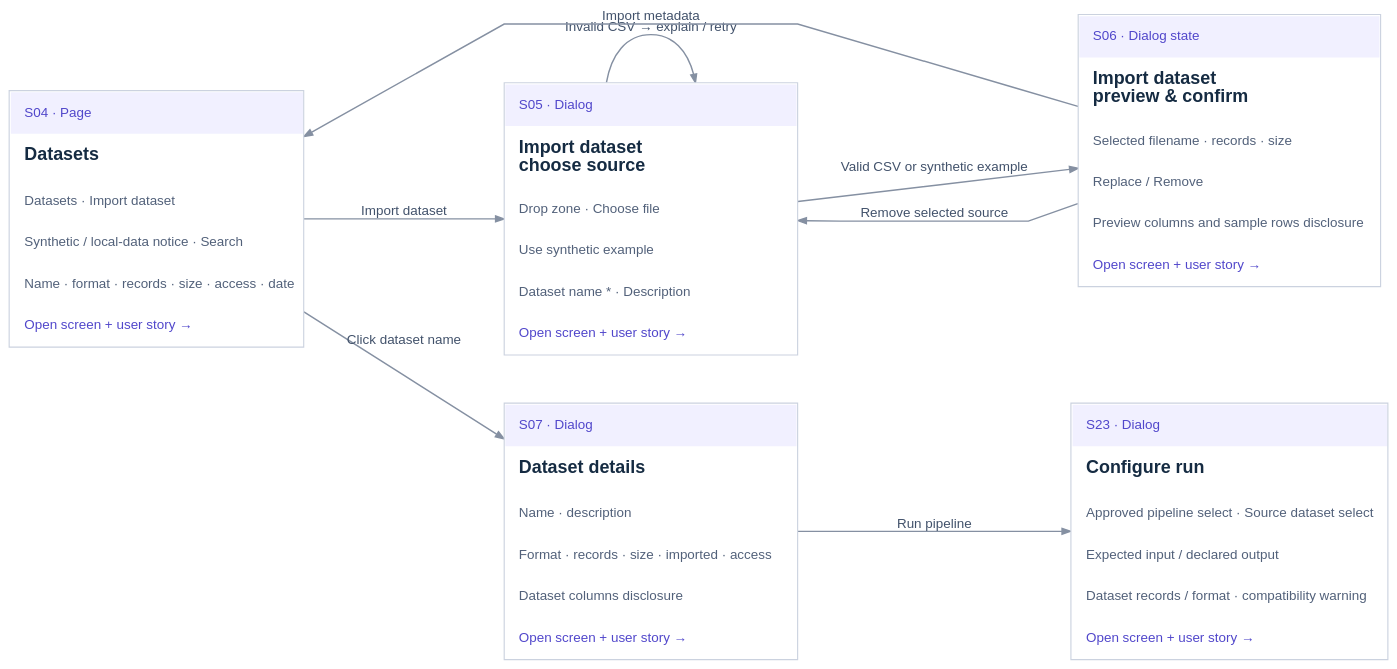
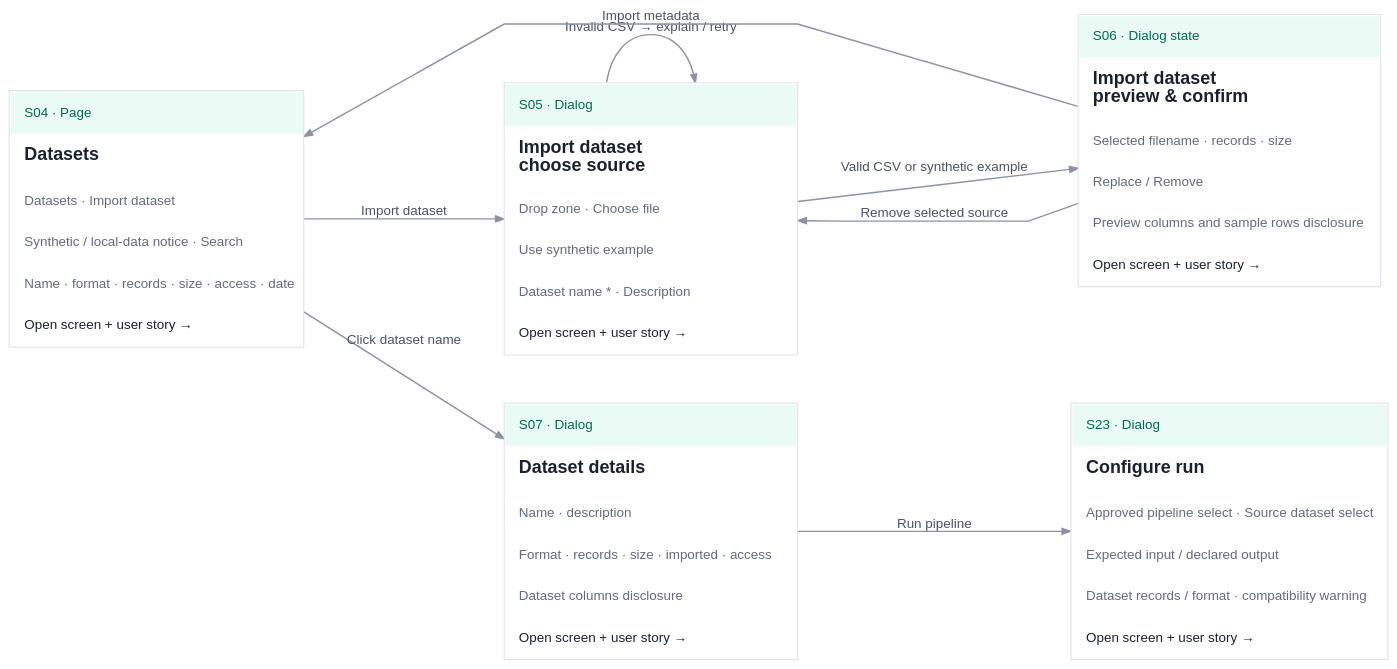
One commit to T-dotnet/Zero_trust changed the diagram in public/mvp-flow-docs/flows/F02.dot. Above: the diagram before and after it, drawn with Graphviz. The commit also changed 50 other files, not shown here.

```diff
--- a/public/mvp-flow-docs/flows/F02.dot
+++ b/public/mvp-flow-docs/flows/F02.dot
@@ -1,17 +1,17 @@
 digraph flow {
 graph [rankdir=LR, bgcolor="transparent", pad="0.25", nodesep="0.6", ranksep="1.05", splines=polyline, outputorder=edgesfirst];
 node [shape=plain, fontname="Arial"];
-edge [color="#8590a2", fontcolor="#42526b", fontname="Arial", fontsize=12, arrowsize=0.75, penwidth=1.3];
-S04 [id="node-S04", href="#screen=S04&journey=F02", tooltip="Datasets", label=<<TABLE BORDER="1" COLOR="#cbd2df" CELLBORDER="0" CELLSPACING="0" CELLPADDING="12" BGCOLOR="white"><TR><TD ALIGN="LEFT" WIDTH="260" BGCOLOR="#f1f0ff"><FONT POINT-SIZE="12" COLOR="#5147cb">S04 · Page</FONT></TD></TR><TR><TD ALIGN="LEFT"><FONT POINT-SIZE="16" COLOR="#152b42"><B>Datasets</B></FONT></TD></TR><TR><TD ALIGN="LEFT"><FONT POINT-SIZE="12" COLOR="#52617a">Datasets · Import dataset</FONT></TD></TR><TR><TD ALIGN="LEFT"><FONT POINT-SIZE="12" COLOR="#52617a">Synthetic / local-data notice · Search</FONT></TD></TR><TR><TD ALIGN="LEFT"><FONT POINT-SIZE="12" COLOR="#52617a">Name · format · records · size · access · date</FONT></TD></TR><TR><TD ALIGN="LEFT"><FONT POINT-SIZE="12" COLOR="#5147cb">Open screen + user story →</FONT></TD></TR></TABLE>>];
-S05 [id="node-S05", href="#screen=S05&journey=F02", tooltip="Import dataset · choose source", label=<<TABLE BORDER="1" COLOR="#cbd2df" CELLBORDER="0" CELLSPACING="0" CELLPADDING="12" BGCOLOR="white"><TR><TD ALIGN="LEFT" WIDTH="260" BGCOLOR="#f1f0ff"><FONT POINT-SIZE="12" COLOR="#5147cb">S05 · Dialog</FONT></TD></TR><TR><TD ALIGN="LEFT"><FONT POINT-SIZE="16" COLOR="#152b42"><B>Import dataset<BR ALIGN="LEFT"/>choose source</B></FONT></TD></TR><TR><TD ALIGN="LEFT"><FONT POINT-SIZE="12" COLOR="#52617a">Drop zone · Choose file</FONT></TD></TR><TR><TD ALIGN="LEFT"><FONT POINT-SIZE="12" COLOR="#52617a">Use synthetic example</FONT></TD></TR><TR><TD ALIGN="LEFT"><FONT POINT-SIZE="12" COLOR="#52617a">Dataset name * · Description</FONT></TD></TR><TR><TD ALIGN="LEFT"><FONT POINT-SIZE="12" COLOR="#5147cb">Open screen + user story →</FONT></TD></TR></TABLE>>];
-S06 [id="node-S06", href="#screen=S06&journey=F02", tooltip="Import dataset · preview & confirm", label=<<TABLE BORDER="1" COLOR="#cbd2df" CELLBORDER="0" CELLSPACING="0" CELLPADDING="12" BGCOLOR="white"><TR><TD ALIGN="LEFT" WIDTH="260" BGCOLOR="#f1f0ff"><FONT POINT-SIZE="12" COLOR="#5147cb">S06 · Dialog state</FONT></TD></TR><TR><TD ALIGN="LEFT"><FONT POINT-SIZE="16" COLOR="#152b42"><B>Import dataset<BR ALIGN="LEFT"/>preview &amp; confirm</B></FONT></TD></TR><TR><TD ALIGN="LEFT"><FONT POINT-SIZE="12" COLOR="#52617a">Selected filename · records · size</FONT></TD></TR><TR><TD ALIGN="LEFT"><FONT POINT-SIZE="12" COLOR="#52617a">Replace / Remove</FONT></TD></TR><TR><TD ALIGN="LEFT"><FONT POINT-SIZE="12" COLOR="#52617a">Preview columns and sample rows disclosure</FONT></TD></TR><TR><TD ALIGN="LEFT"><FONT POINT-SIZE="12" COLOR="#5147cb">Open screen + user story →</FONT></TD></TR></TABLE>>];
-S07 [id="node-S07", href="#screen=S07&journey=F02", tooltip="Dataset details", label=<<TABLE BORDER="1" COLOR="#cbd2df" CELLBORDER="0" CELLSPACING="0" CELLPADDING="12" BGCOLOR="white"><TR><TD ALIGN="LEFT" WIDTH="260" BGCOLOR="#f1f0ff"><FONT POINT-SIZE="12" COLOR="#5147cb">S07 · Dialog</FONT></TD></TR><TR><TD ALIGN="LEFT"><FONT POINT-SIZE="16" COLOR="#152b42"><B>Dataset details</B></FONT></TD></TR><TR><TD ALIGN="LEFT"><FONT POINT-SIZE="12" COLOR="#52617a">Name · description</FONT></TD></TR><TR><TD ALIGN="LEFT"><FONT POINT-SIZE="12" COLOR="#52617a">Format · records · size · imported · access</FONT></TD></TR><TR><TD ALIGN="LEFT"><FONT POINT-SIZE="12" COLOR="#52617a">Dataset columns disclosure</FONT></TD></TR><TR><TD ALIGN="LEFT"><FONT POINT-SIZE="12" COLOR="#5147cb">Open screen + user story →</FONT></TD></TR></TABLE>>];
-S23 [id="node-S23", href="#screen=S23&journey=F02", tooltip="Configure run", label=<<TABLE BORDER="1" COLOR="#cbd2df" CELLBORDER="0" CELLSPACING="0" CELLPADDING="12" BGCOLOR="white"><TR><TD ALIGN="LEFT" WIDTH="260" BGCOLOR="#f1f0ff"><FONT POINT-SIZE="12" COLOR="#5147cb">S23 · Dialog</FONT></TD></TR><TR><TD ALIGN="LEFT"><FONT POINT-SIZE="16" COLOR="#152b42"><B>Configure run</B></FONT></TD></TR><TR><TD ALIGN="LEFT"><FONT POINT-SIZE="12" COLOR="#52617a">Approved pipeline select · Source dataset select</FONT></TD></TR><TR><TD ALIGN="LEFT"><FONT POINT-SIZE="12" COLOR="#52617a">Expected input / declared output</FONT></TD></TR><TR><TD ALIGN="LEFT"><FONT POINT-SIZE="12" COLOR="#52617a">Dataset records / format · compatibility warning</FONT></TD></TR><TR><TD ALIGN="LEFT"><FONT POINT-SIZE="12" COLOR="#5147cb">Open screen + user story →</FONT></TD></TR></TABLE>>];
+edge [color="#8c91a4", fontcolor="#495268", fontname="Arial", fontsize=12, arrowsize=0.75, penwidth=1.3];
+S04 [id="node-S04", href="#screen=S04&journey=F02", tooltip="Datasets", label=<<TABLE BORDER="1" COLOR="#e0e4ec" CELLBORDER="0" CELLSPACING="0" CELLPADDING="12" BGCOLOR="white"><TR><TD ALIGN="LEFT" WIDTH="260" BGCOLOR="#eafbf5"><FONT POINT-SIZE="12" COLOR="#006b50">S04 · Page</FONT></TD></TR><TR><TD ALIGN="LEFT"><FONT POINT-SIZE="16" COLOR="#18212f"><B>Datasets</B></FONT></TD></TR><TR><TD ALIGN="LEFT"><FONT POINT-SIZE="12" COLOR="#626a7e">Datasets · Import dataset</FONT></TD></TR><TR><TD ALIGN="LEFT"><FONT POINT-SIZE="12" COLOR="#626a7e">Synthetic / local-data notice · Search</FONT></TD></TR><TR><TD ALIGN="LEFT"><FONT POINT-SIZE="12" COLOR="#626a7e">Name · format · records · size · access · date</FONT></TD></TR><TR><TD ALIGN="LEFT"><FONT POINT-SIZE="12" COLOR="#18212f">Open screen + user story →</FONT></TD></TR></TABLE>>];
+S05 [id="node-S05", href="#screen=S05&journey=F02", tooltip="Import dataset · choose source", label=<<TABLE BORDER="1" COLOR="#e0e4ec" CELLBORDER="0" CELLSPACING="0" CELLPADDING="12" BGCOLOR="white"><TR><TD ALIGN="LEFT" WIDTH="260" BGCOLOR="#eafbf5"><FONT POINT-SIZE="12" COLOR="#006b50">S05 · Dialog</FONT></TD></TR><TR><TD ALIGN="LEFT"><FONT POINT-SIZE="16" COLOR="#18212f"><B>Import dataset<BR ALIGN="LEFT"/>choose source</B></FONT></TD></TR><TR><TD ALIGN="LEFT"><FONT POINT-SIZE="12" COLOR="#626a7e">Drop zone · Choose file</FONT></TD></TR><TR><TD ALIGN="LEFT"><FONT POINT-SIZE="12" COLOR="#626a7e">Use synthetic example</FONT></TD></TR><TR><TD ALIGN="LEFT"><FONT POINT-SIZE="12" COLOR="#626a7e">Dataset name * · Description</FONT></TD></TR><TR><TD ALIGN="LEFT"><FONT POINT-SIZE="12" COLOR="#18212f">Open screen + user story →</FONT></TD></TR></TABLE>>];
+S06 [id="node-S06", href="#screen=S06&journey=F02", tooltip="Import dataset · preview & confirm", label=<<TABLE BORDER="1" COLOR="#e0e4ec" CELLBORDER="0" CELLSPACING="0" CELLPADDING="12" BGCOLOR="white"><TR><TD ALIGN="LEFT" WIDTH="260" BGCOLOR="#eafbf5"><FONT POINT-SIZE="12" COLOR="#006b50">S06 · Dialog state</FONT></TD></TR><TR><TD ALIGN="LEFT"><FONT POINT-SIZE="16" COLOR="#18212f"><B>Import dataset<BR ALIGN="LEFT"/>preview &amp; confirm</B></FONT></TD></TR><TR><TD ALIGN="LEFT"><FONT POINT-SIZE="12" COLOR="#626a7e">Selected filename · records · size</FONT></TD></TR><TR><TD ALIGN="LEFT"><FONT POINT-SIZE="12" COLOR="#626a7e">Replace / Remove</FONT></TD></TR><TR><TD ALIGN="LEFT"><FONT POINT-SIZE="12" COLOR="#626a7e">Preview columns and sample rows disclosure</FONT></TD></TR><TR><TD ALIGN="LEFT"><FONT POINT-SIZE="12" COLOR="#18212f">Open screen + user story →</FONT></TD></TR></TABLE>>];
+S07 [id="node-S07", href="#screen=S07&journey=F02", tooltip="Dataset details", label=<<TABLE BORDER="1" COLOR="#e0e4ec" CELLBORDER="0" CELLSPACING="0" CELLPADDING="12" BGCOLOR="white"><TR><TD ALIGN="LEFT" WIDTH="260" BGCOLOR="#eafbf5"><FONT POINT-SIZE="12" COLOR="#006b50">S07 · Dialog</FONT></TD></TR><TR><TD ALIGN="LEFT"><FONT POINT-SIZE="16" COLOR="#18212f"><B>Dataset details</B></FONT></TD></TR><TR><TD ALIGN="LEFT"><FONT POINT-SIZE="12" COLOR="#626a7e">Name · description</FONT></TD></TR><TR><TD ALIGN="LEFT"><FONT POINT-SIZE="12" COLOR="#626a7e">Format · records · size · imported · access</FONT></TD></TR><TR><TD ALIGN="LEFT"><FONT POINT-SIZE="12" COLOR="#626a7e">Dataset columns disclosure</FONT></TD></TR><TR><TD ALIGN="LEFT"><FONT POINT-SIZE="12" COLOR="#18212f">Open screen + user story →</FONT></TD></TR></TABLE>>];
+S23 [id="node-S23", href="#screen=S23&journey=F02", tooltip="Configure run", label=<<TABLE BORDER="1" COLOR="#e0e4ec" CELLBORDER="0" CELLSPACING="0" CELLPADDING="12" BGCOLOR="white"><TR><TD ALIGN="LEFT" WIDTH="260" BGCOLOR="#eafbf5"><FONT POINT-SIZE="12" COLOR="#006b50">S23 · Dialog</FONT></TD></TR><TR><TD ALIGN="LEFT"><FONT POINT-SIZE="16" COLOR="#18212f"><B>Configure run</B></FONT></TD></TR><TR><TD ALIGN="LEFT"><FONT POINT-SIZE="12" COLOR="#626a7e">Approved pipeline select · Source dataset select</FONT></TD></TR><TR><TD ALIGN="LEFT"><FONT POINT-SIZE="12" COLOR="#626a7e">Expected input / declared output</FONT></TD></TR><TR><TD ALIGN="LEFT"><FONT POINT-SIZE="12" COLOR="#626a7e">Dataset records / format · compatibility warning</FONT></TD></TR><TR><TD ALIGN="LEFT"><FONT POINT-SIZE="12" COLOR="#18212f">Open screen + user story →</FONT></TD></TR></TABLE>>];
 S04 -> S05 [label="Import dataset", tooltip="Import dataset"];
 S05 -> S06 [label="Valid CSV or synthetic example", tooltip="Valid CSV or synthetic example"];
 S05 -> S05 [label="Invalid CSV → explain / retry", tooltip="Invalid CSV → explain / retry"];
 S06 -> S05 [label="Remove selected source", tooltip="Remove selected source"];
 S06 -> S04 [label="Import metadata", tooltip="Import metadata"];
 S04 -> S07 [label="Click dataset name", tooltip="Click dataset name"];
 S07 -> S23 [label="Run pipeline", tooltip="Run pipeline"];
 }
```
